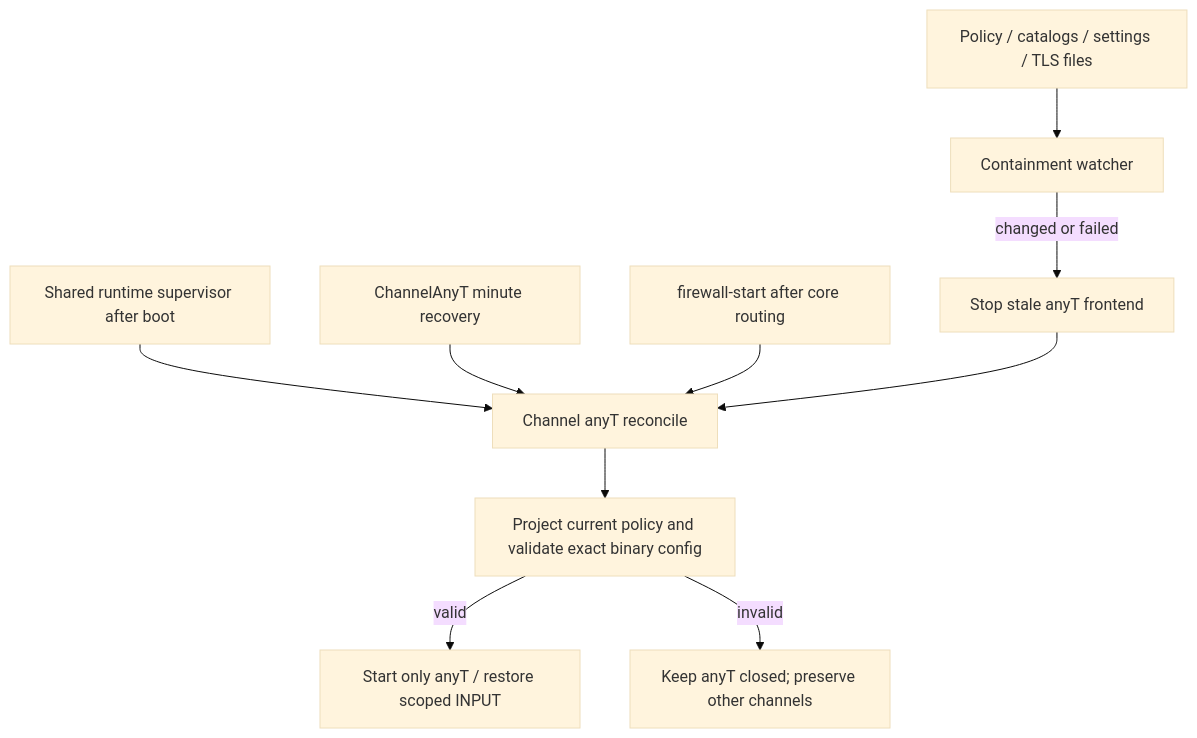
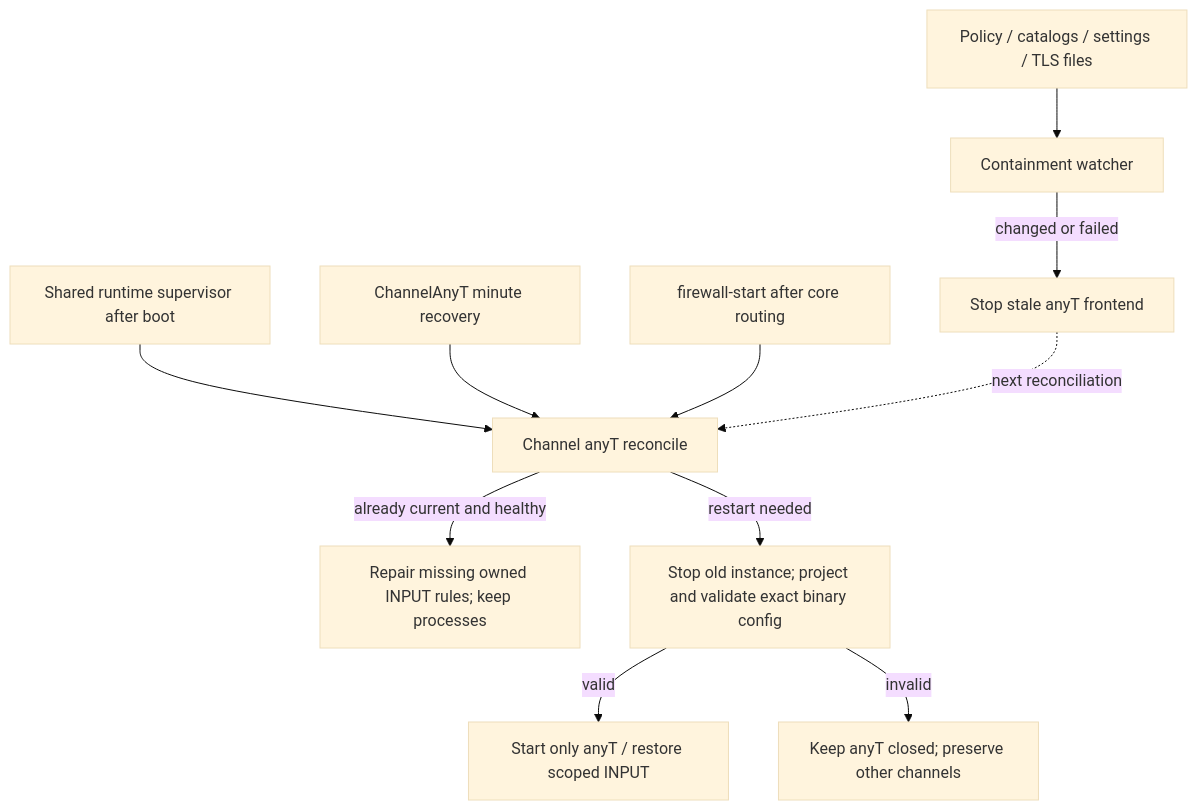
Before and after one commit to eiler2005/ghostroute: the second of 2 diagrams in modules/routing-core/docs/channel-anytls-lab.md, drawn with Mermaid (base theme). The commit also changed other lines of this file and 22 other files, not shown here.

Commit message:
docs: align Channel anyT production contracts and diagrams

````diff
--- a/modules/routing-core/docs/channel-anytls-lab.md
+++ b/modules/routing-core/docs/channel-anytls-lab.md
@@ -24,12 +28,13 @@
 ```mermaid
 flowchart TD
     Boot[Shared runtime supervisor after boot] --> Reconcile[Channel anyT reconcile]
     Cron[ChannelAnyT minute recovery] --> Reconcile
     Firewall[firewall-start after core routing] --> Reconcile
     Inputs[Policy / catalogs / settings / TLS files] --> Watch[Containment watcher]
     Watch -->|changed or failed| Close[Stop stale anyT frontend]
-    Close --> Reconcile
-    Reconcile --> Validate[Project current policy and validate exact binary config]
+    Close -.->|next reconciliation| Reconcile
+    Reconcile -->|already current and healthy| Repair[Repair missing owned INPUT rules; keep processes]
+    Reconcile -->|restart needed| Validate[Stop old instance; project and validate exact binary config]
     Validate -->|valid| Start[Start only anyT / restore scoped INPUT]
     Validate -->|invalid| Closed[Keep anyT closed; preserve other channels]
 ```
````
